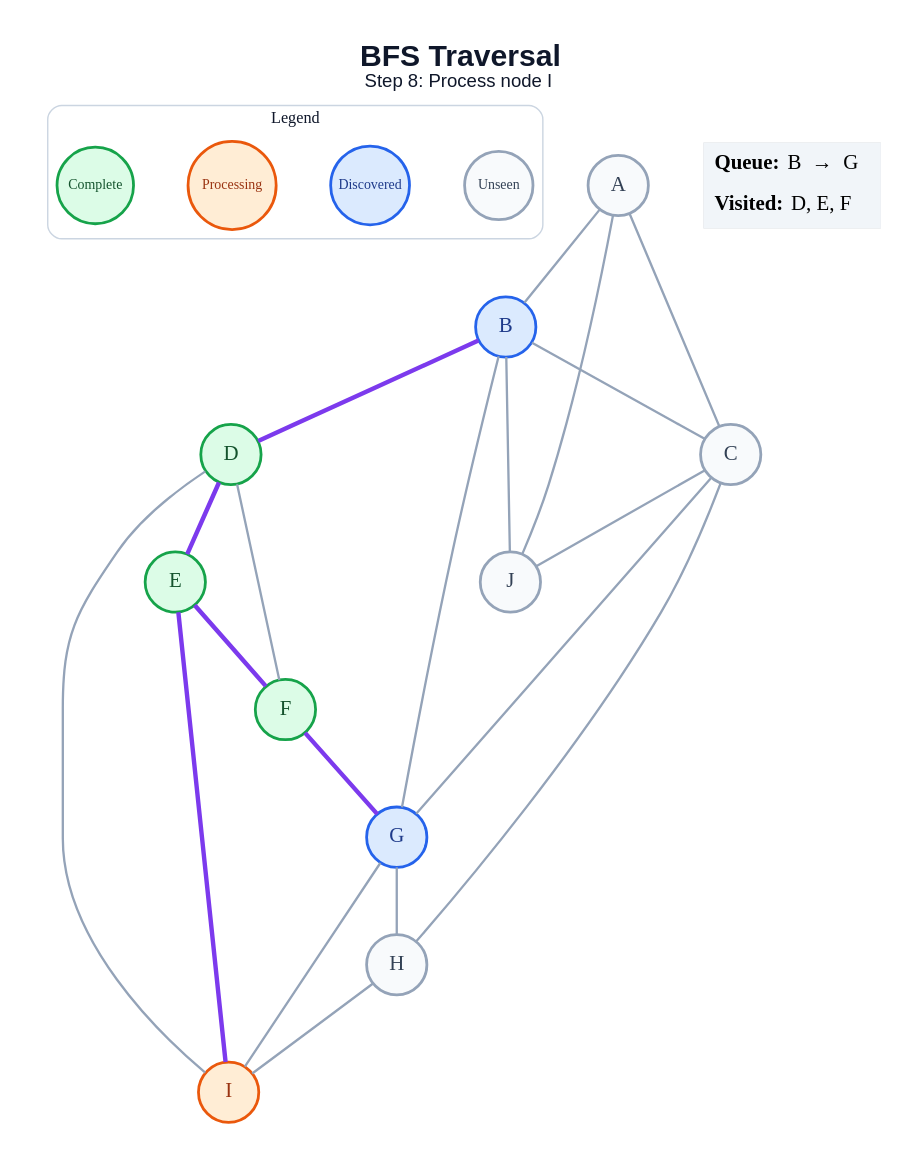
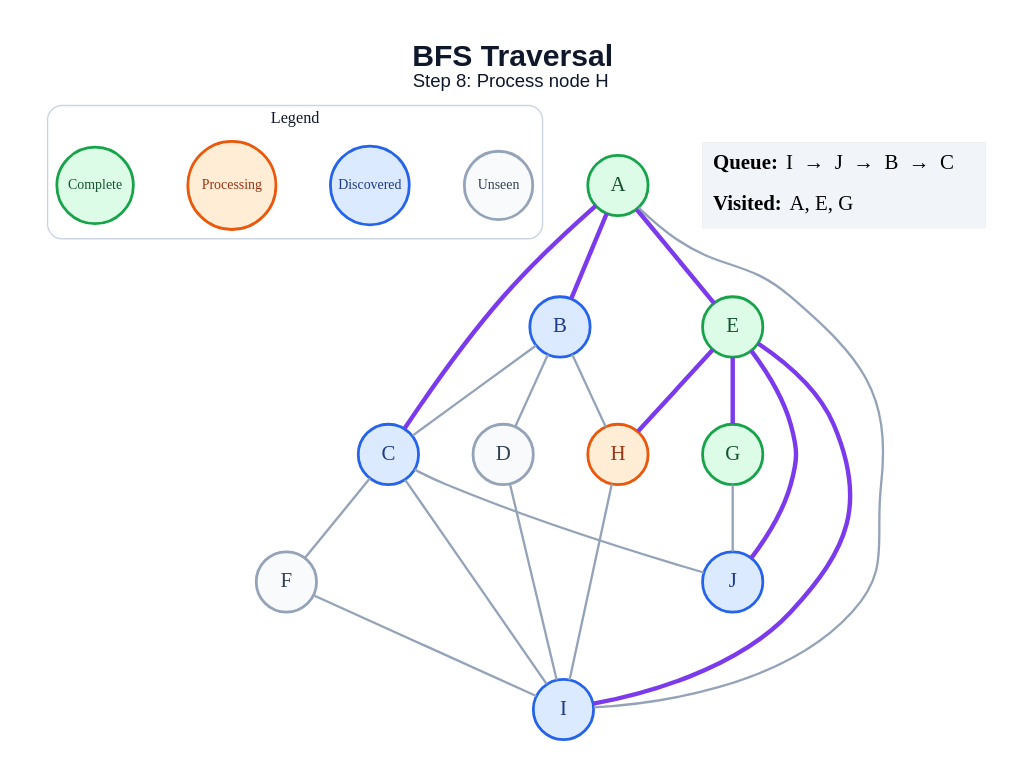
One commit to amanghodawala9/ai-slop changed the diagram in generated/specific-node/bfs/step_08.dot. Above: the diagram before and after it, drawn with Graphviz. The commit also changed 178 other files, not shown here.

```diff
--- a/generated/specific-node/bfs/step_08.dot
+++ b/generated/specific-node/bfs/step_08.dot
@@ -1,48 +1,47 @@
 graph traversal {
   graph [layout=dot, rankdir=TB, bgcolor="#FFFFFF", pad="0.35", nodesep="0.65", ranksep="0.8", fontname="Arial"];
   node [shape=circle, style="filled", fontname="Arial Bold", fontsize=18, width=0.72, fixedsize=true, penwidth=2.4];
   edge [color="#94A3B8", penwidth=2.0];
-  label=<<B>BFS Traversal</B><BR/><FONT POINT-SIZE="16">Step 8: Process node I</FONT>>; labelloc="t"; fontsize=26; fontname="Arial"; fontcolor="#0F172A";
+  label=<<B>BFS Traversal</B><BR/><FONT POINT-SIZE="16">Step 8: Process node H</FONT>>; labelloc="t"; fontsize=26; fontname="Arial"; fontcolor="#0F172A";
   subgraph cluster_legend { label="Legend"; color="#CBD5E1"; penwidth=1.2; style="rounded"; fontsize=14; fontname="Arial Bold";
     key_unseen [label="Unseen", fillcolor="#F8FAFC", color="#94A3B8", fontcolor="#334155", fontsize=12, width=0.82];
     key_frontier [label="Discovered", fillcolor="#DBEAFE", color="#2563EB", fontcolor="#1E3A8A", fontsize=12, width=0.95];
     key_current [label="Processing", fillcolor="#FFEDD5", color="#EA580C", fontcolor="#9A3412", fontsize=12, width=1.05];
     key_done [label="Complete", fillcolor="#DCFCE7", color="#16A34A", fontcolor="#14532D", fontsize=12, width=0.92];
     { rank=same; key_unseen; key_frontier; key_current; key_done; }
   }
-  A [fillcolor="#F8FAFC", color="#94A3B8", fontcolor="#334155"];
+  A [fillcolor="#DCFCE7", color="#16A34A", fontcolor="#14532D"];
   B [fillcolor="#DBEAFE", color="#2563EB", fontcolor="#1E3A8A"];
-  C [fillcolor="#F8FAFC", color="#94A3B8", fontcolor="#334155"];
-  D [fillcolor="#DCFCE7", color="#16A34A", fontcolor="#14532D"];
+  C [fillcolor="#DBEAFE", color="#2563EB", fontcolor="#1E3A8A"];
+  D [fillcolor="#F8FAFC", color="#94A3B8", fontcolor="#334155"];
   E [fillcolor="#DCFCE7", color="#16A34A", fontcolor="#14532D"];
-  F [fillcolor="#DCFCE7", color="#16A34A", fontcolor="#14532D"];
-  G [fillcolor="#DBEAFE", color="#2563EB", fontcolor="#1E3A8A"];
-  H [fillcolor="#F8FAFC", color="#94A3B8", fontcolor="#334155"];
-  I [fillcolor="#FFEDD5", color="#EA580C", fontcolor="#9A3412"];
-  J [fillcolor="#F8FAFC", color="#94A3B8", fontcolor="#334155"];
-  A -- B;
-  A -- C;
-  A -- J;
+  F [fillcolor="#F8FAFC", color="#94A3B8", fontcolor="#334155"];
+  G [fillcolor="#DCFCE7", color="#16A34A", fontcolor="#14532D"];
+  H [fillcolor="#FFEDD5", color="#EA580C", fontcolor="#9A3412"];
+  I [fillcolor="#DBEAFE", color="#2563EB", fontcolor="#1E3A8A"];
+  J [fillcolor="#DBEAFE", color="#2563EB", fontcolor="#1E3A8A"];
+  A -- B [color="#7C3AED", penwidth=3.8];
+  A -- C [color="#7C3AED", penwidth=3.8];
+  A -- E [color="#7C3AED", penwidth=3.8];
+  A -- I;
   B -- C;
-  B -- D [color="#7C3AED", penwidth=3.8];
-  B -- G;
-  B -- J;
-  C -- G;
-  C -- H;
+  B -- D;
+  B -- H;
+  C -- F;
+  C -- I;
   C -- J;
-  D -- E [color="#7C3AED", penwidth=3.8];
-  D -- F;
   D -- I;
-  E -- F [color="#7C3AED", penwidth=3.8];
+  E -- G [color="#7C3AED", penwidth=3.8];
+  E -- H [color="#7C3AED", penwidth=3.8];
   E -- I [color="#7C3AED", penwidth=3.8];
-  F -- G [color="#7C3AED", penwidth=3.8];
-  G -- H;
-  G -- I;
+  E -- J [color="#7C3AED", penwidth=3.8];
+  F -- I;
+  G -- J;
   H -- I;
   status [shape=plain, fixedsize=false, width=0, height=0, margin=0, label=<
     <TABLE BORDER="0" CELLBORDER="0" CELLPADDING="7" BGCOLOR="#F1F5F9">
-      <TR><TD ALIGN="LEFT"><B>Queue:</B> B  →  G</TD></TR>
-      <TR><TD ALIGN="LEFT"><B>Visited:</B> D, E, F</TD></TR>
+      <TR><TD ALIGN="LEFT"><B>Queue:</B> I  →  J  →  B  →  C</TD></TR>
+      <TR><TD ALIGN="LEFT"><B>Visited:</B> A, E, G</TD></TR>
     </TABLE>
   >];
 }
```
